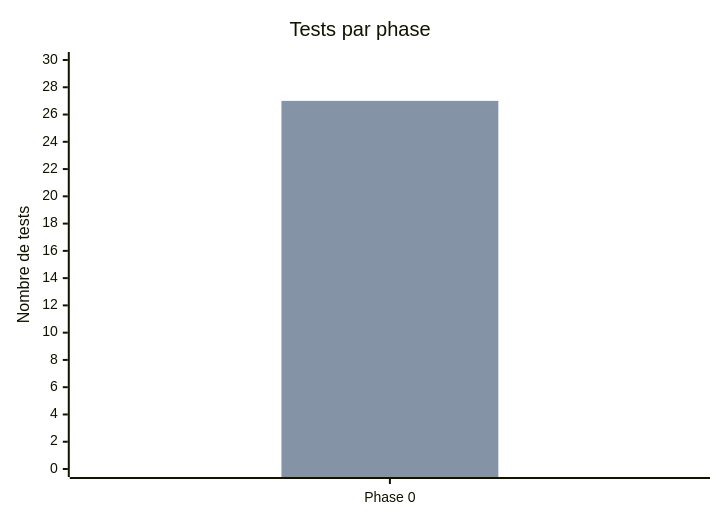
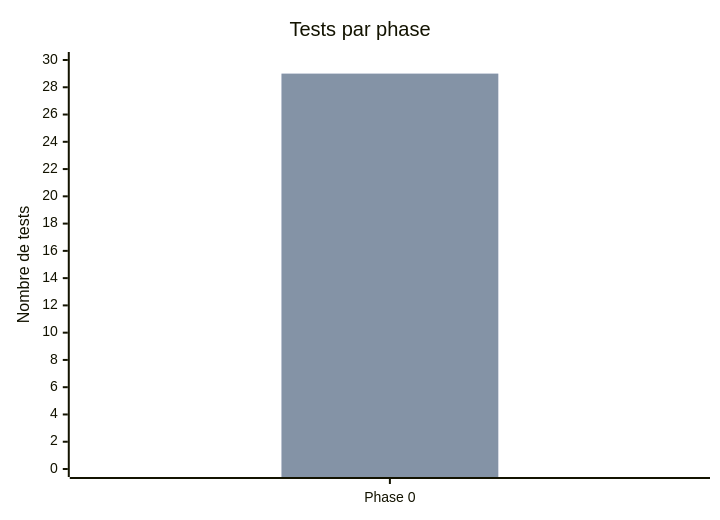
One commit to lyon32/lyonpanel changed the fifth of 5 diagrams in docs/reports/TABLEAU-DE-BORD.md. Above: the diagram before and after it, drawn with Mermaid. The commit also changed other lines of this file and 3 other files, not shown here.

````diff
--- a/docs/reports/TABLEAU-DE-BORD.md
+++ b/docs/reports/TABLEAU-DE-BORD.md
@@ -112,8 +112,8 @@
 ```mermaid
 xychart-beta
   title "Tests par phase"
   x-axis ["Phase 0"]
   y-axis "Nombre de tests" 0 --> 30
-  bar [27]
-  bar [27]
+  bar [29]
+  bar [29]
 ```
````
